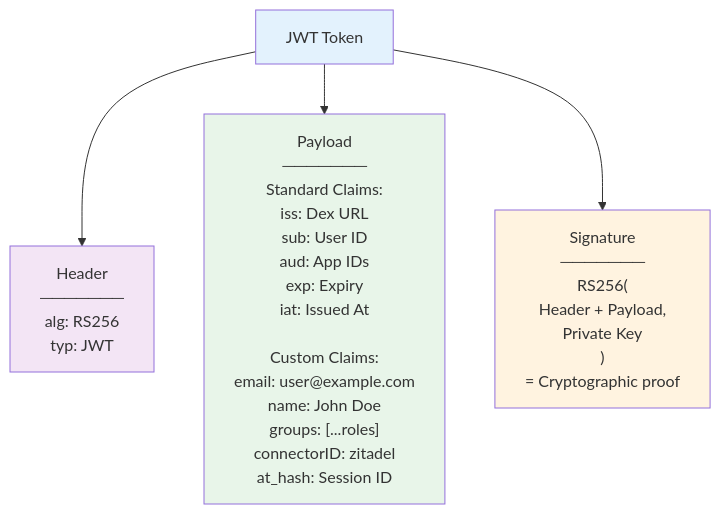
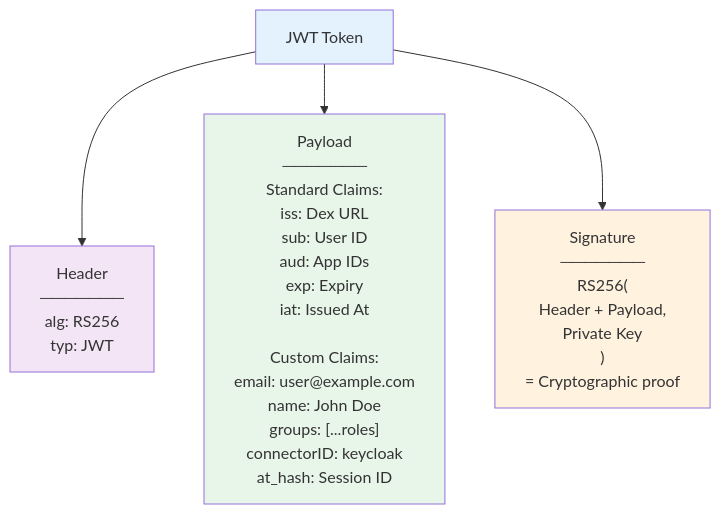
One commit to greenriver/hmis-warehouse changed the fifth of 8 diagrams in docs/architecture/authentication-diagrams.md. Above: the diagram before and after it, drawn with Mermaid. The commit also changed other lines of this file and 7 other files, not shown here.

````diff
--- a/docs/architecture/authentication-diagrams.md
+++ b/docs/architecture/authentication-diagrams.md
@@ -198,19 +198,19 @@
 ```mermaid
 graph TD
     JWT["JWT Token"]
 
     Header["Header<br/>───────<br/>alg: RS256<br/>typ: JWT"]
 
-    Payload["Payload<br/>───────<br/>Standard Claims:<br/>iss: Dex URL<br/>sub: User ID<br/>aud: App IDs<br/>exp: Expiry<br/>iat: Issued At<br/><br/>Custom Claims:<br/>email: user@example.com<br/>name: John Doe<br/>groups: [...roles]<br/>connectorID: zitadel<br/>at_hash: Session ID"]
+    Payload["Payload<br/>───────<br/>Standard Claims:<br/>iss: Dex URL<br/>sub: User ID<br/>aud: App IDs<br/>exp: Expiry<br/>iat: Issued At<br/><br/>Custom Claims:<br/>email: user@example.com<br/>name: John Doe<br/>groups: [...roles]<br/>connectorID: keycloak<br/>at_hash: Session ID"]
 
     Signature["Signature<br/>───────<br/>RS256(<br/>Header + Payload,<br/>Private Key<br/>)<br/>= Cryptographic proof"]
 
     JWT --> Header
     JWT --> Payload
     JWT --> Signature
 
     style JWT fill:#e3f2fd
     style Header fill:#f3e5f5
     style Payload fill:#e8f5e9
     style Signature fill:#fff3e0
 ```
````
